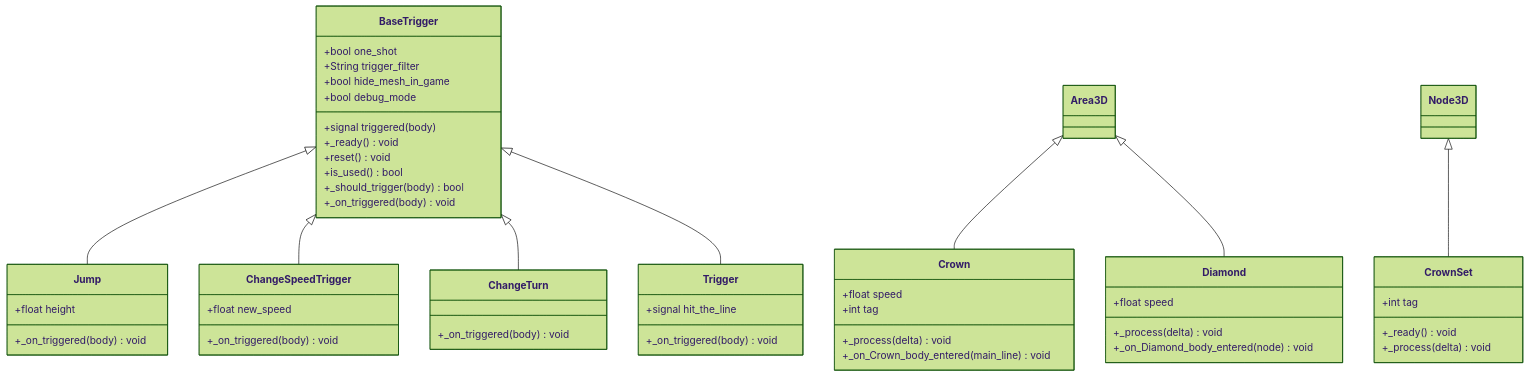
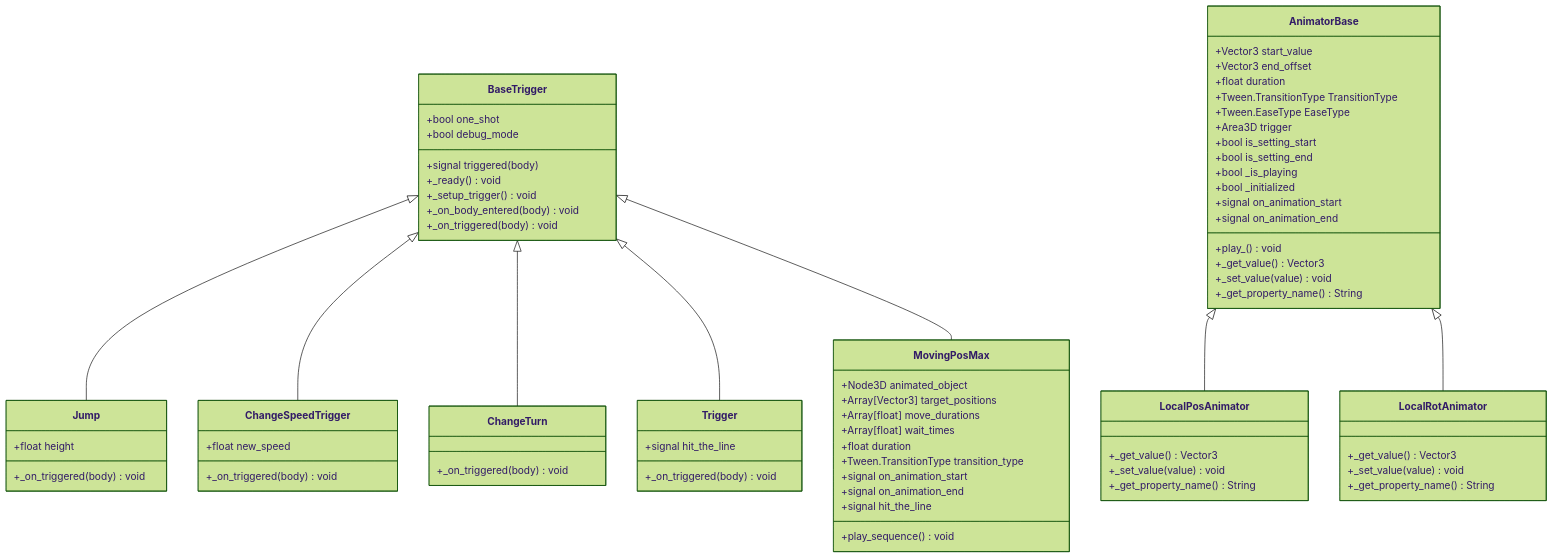
The second of 3 diagrams in .qoder/repowiki/zh/content/API参考/触发器系统API.md (godotline/godot-line), drawn with Mermaid (forest theme) before and after one commit. The commit also changed other lines of this file and 13 other files, not shown here.

````diff
--- a/.qoder/repowiki/zh/content/API参考/触发器系统API.md
+++ b/.qoder/repowiki/zh/content/API参考/触发器系统API.md
@@ -119,53 +110,74 @@
 ```mermaid
 classDiagram
 class BaseTrigger {
 +bool one_shot
-+String trigger_filter
-+bool hide_mesh_in_game
 +bool debug_mode
 +signal triggered(body)
 +_ready() void
-+reset() void
-+is_used() bool
-+_should_trigger(body) bool
++_setup_trigger() void
++_on_body_entered(body) void
 +_on_triggered(body) void
+}
+class AnimatorBase {
++Vector3 start_value
++Vector3 end_offset
++float duration
++Tween.TransitionType TransitionType
++Tween.EaseType EaseType
++Area3D trigger
++bool is_setting_start
++bool is_setting_end
++bool _is_playing
++bool _initialized
++signal on_animation_start
++signal on_animation_end
++play_() void
++_get_value() Vector3
++_set_value(value) void
++_get_property_name() String
 }
 class Jump {
 +float height
 +_on_triggered(body) void
 }
 class ChangeSpeedTrigger {
 +float new_speed
 +_on_triggered(body) void
 }
 class ChangeTurn {
 +_on_triggered(body) void
 }
 class Trigger {
 +signal hit_the_line
 +_on_triggered(body) void
 }
-class Crown {
-+float speed
-+int tag
-+_process(delta) void
-+_on_Crown_body_entered(main_line) void
+class LocalPosAnimator {
++_get_value() Vector3
++_set_value(value) void
++_get_property_name() String
 }
-class Diamond {
-+float speed
-+_process(delta) void
-+_on_Diamond_body_entered(node) void
+class LocalRotAnimator {
++_get_value() Vector3
++_set_value(value) void
++_get_property_name() String
 }
-class CrownSet {
-+int tag
-+_ready() void
-+_process(delta) void
+class MovingPosMax {
++Node3D animated_object
++Array[Vector3] target_positions
++Array[float] move_durations
++Array[float] wait_times
++float duration
++Tween.TransitionType transition_type
++signal on_animation_start
++signal on_animation_end
++signal hit_the_line
++play_sequence() void
 }
 BaseTrigger <|-- Jump
 BaseTrigger <|-- ChangeSpeedTrigger
 BaseTrigger <|-- ChangeTurn
 BaseTrigger <|-- Trigger
-Area3D <|-- Crown
-Area3D <|-- Diamond
-Node3D <|-- CrownSet
+AnimatorBase <|-- LocalPosAnimator
+AnimatorBase <|-- LocalRotAnimator
+BaseTrigger <|-- MovingPosMax
 ```
````
